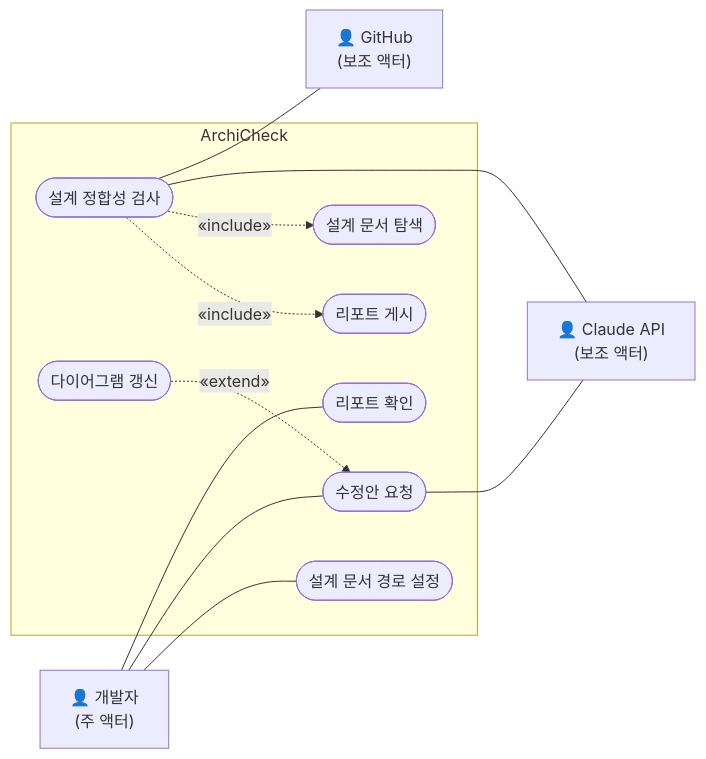
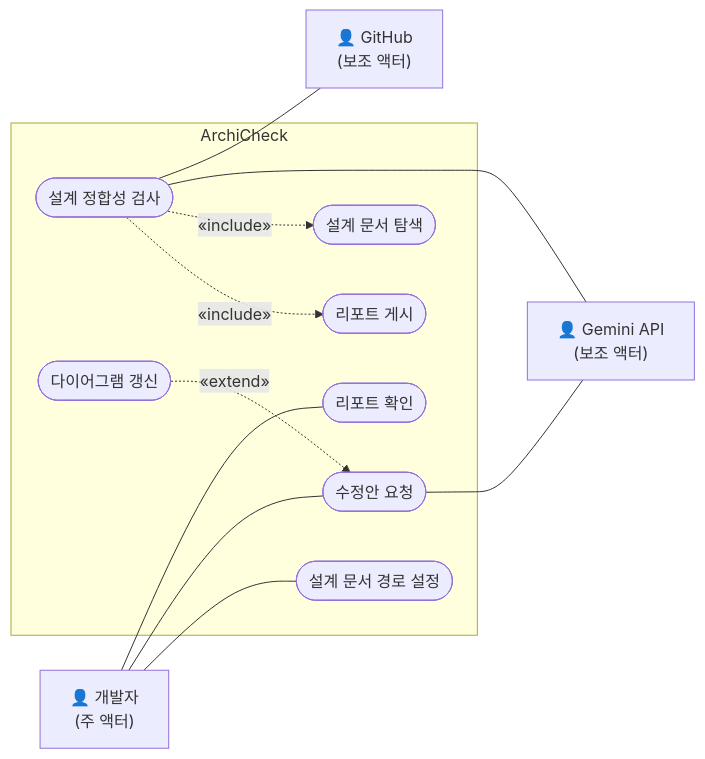
The first of 4 diagrams in docs/DESIGN.md (Jindahye/archicheck), drawn with Mermaid before and after one commit. The commit also changed other lines of this file and 9 other files, not shown here.

Commit message:
feat: AI 호출을 Claude API에서 Gemini API로 변경

````diff
--- a/docs/DESIGN.md
+++ b/docs/DESIGN.md
@@ -53,28 +54,28 @@
 ```mermaid
 flowchart LR
     Dev["👤 개발자<br/>(주 액터)"]
 
     subgraph SYS[ArchiCheck]
         UC1(["설계 정합성 검사"])
         UC1a(["설계 문서 탐색"])
         UC1b(["리포트 게시"])
         UC2(["리포트 확인"])
         UC3(["수정안 요청"])
         UC3a(["다이어그램 갱신"])
         UC4(["설계 문서 경로 설정"])
     end
 
     GH["👤 GitHub<br/>(보조 액터)"]
-    AI["👤 Claude API<br/>(보조 액터)"]
+    AI["👤 Gemini API<br/>(보조 액터)"]
 
     Dev --- UC2
     Dev --- UC3
     Dev --- UC4
     UC1 --- GH
     UC1 --- AI
     UC3 --- AI
 
     UC1 -.->|«include»| UC1a
     UC1 -.->|«include»| UC1b
     UC3a -.->|«extend»| UC3
 ```
````
